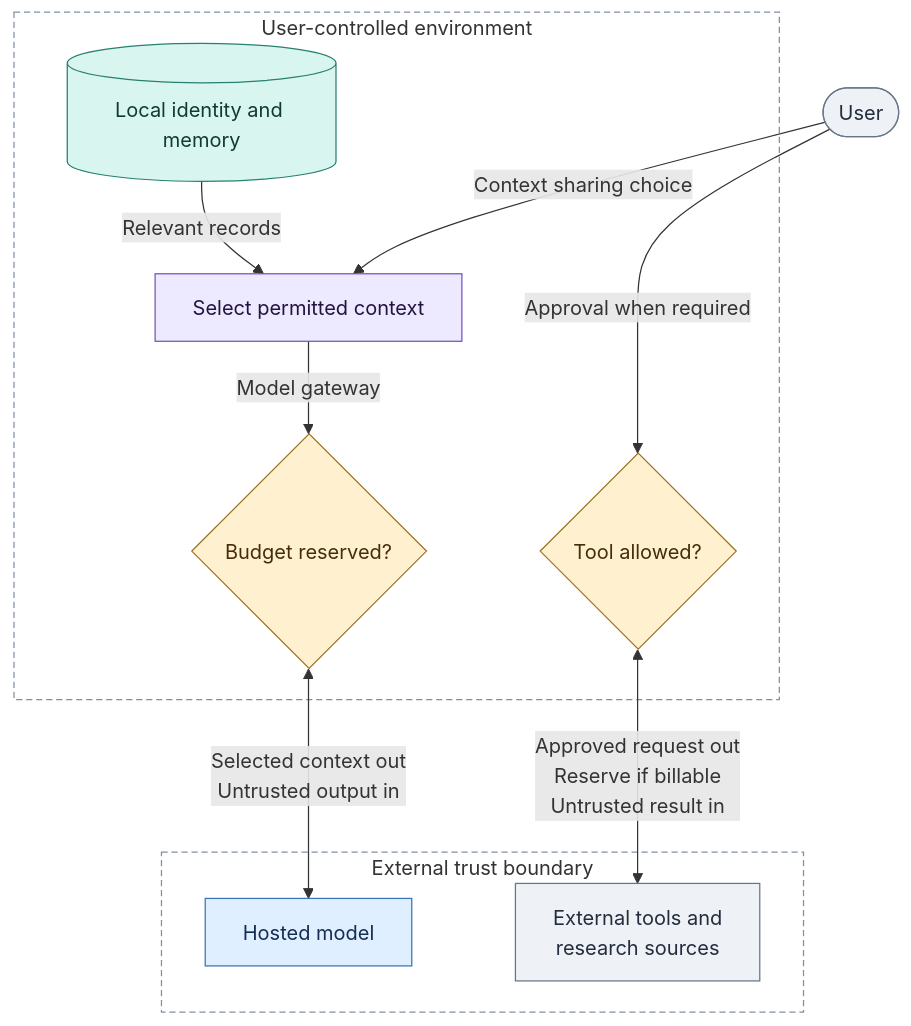
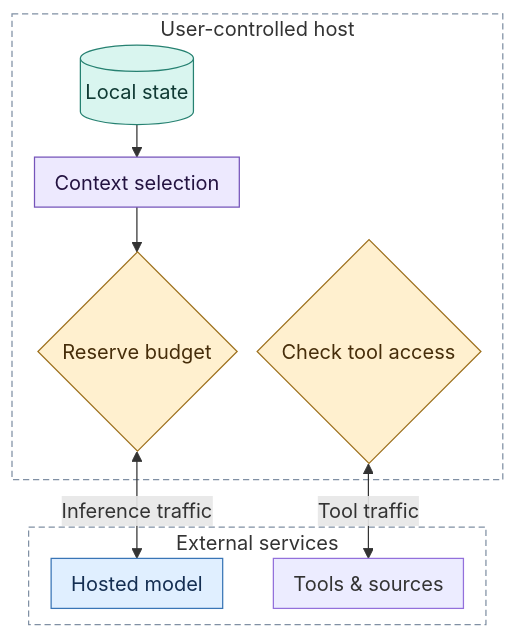
The diagram in docs/PRIVACY.md (nsusheel/Bunny.ai), drawn with Mermaid before and after one commit. The commit also changed other lines of this file and 6 other files, not shown here.

Commit message:
docs: refine architecture visual design and reduce diagram density (#4)

````diff
--- a/docs/PRIVACY.md
+++ b/docs/PRIVACY.md
@@ -22,35 +22,35 @@
 ```mermaid
+---
+config:
+  flowchart:
+    nodeSpacing: 16
+    rankSpacing: 26
+    padding: 8
+    subGraphTitleMargin:
+      bottom: 12
+---
 flowchart TB
     accTitle: Data crossing Bunny's trust boundaries
-    accDescr: Bunny selects permitted context from local state. Hosted model requests need a budget reservation. Model output and tool results are untrusted. A proposed tool action needs permission, any required user approval, and a reservation if billable.
-    User([User])
-    subgraph Local["User-controlled environment"]
-        State[("Local identity and memory")]
-        Sel["Select permitted context"]
-        Meter{"Budget reserved?"}
-        Gate{"Tool allowed?"}
-        State -->|"Relevant records"| Sel
-        Sel -->|"Model gateway"| Meter
+    accDescr: User sharing choices and relevant local state determine selected context. Hosted inference uses the gateway and requires budget reservation. Tool egress requires permission, any required approval and a reservation when billable. Both external responses return as untrusted data.
+    subgraph Local["User-controlled host"]
+        S[(Local state)] --> C["Context selection"] --> B{"Reserve budget"}
+        P{"Check tool access"}
     end
-    subgraph External["External trust boundary"]
-        Hosted["Hosted model"]
-        Tools["External tools and<br/>research sources"]
+    subgraph External["External services"]
+        H["Hosted model"]
+        T["Tools &amp; sources"]
     end
-    User -->|"Context sharing choice"| Sel
-    User -->|"Approval when required"| Gate
-    Meter <-->|"Selected context out<br/>Untrusted output in"| Hosted
-    Gate <-->|"Approved request out<br/>Reserve if billable<br/>Untrusted result in"| Tools
-    style Local fill:transparent,stroke:#8090a4,stroke-dasharray:5 3
-    style External fill:transparent,stroke:#8090a4,stroke-dasharray:5 3
+    B <-->|Inference traffic| H
+    P <-->|Tool traffic| T
 
     classDef core fill:#ede9fe,stroke:#7554ba,color:#241341
     classDef state fill:#d9f5ef,stroke:#268171,color:#103a34
     classDef model fill:#e0efff,stroke:#3975b6,color:#142e52
     classDef gate fill:#fff0cf,stroke:#9d701d,color:#462d0a
-    classDef neutral fill:#eef1f5,stroke:#67768a,color:#222d3d
-    class State state
-    class Sel core
-    class Meter,Gate gate
-    class Hosted model
-    class User,Tools neutral
+    style Local fill:transparent,stroke:#8090a4,stroke-dasharray:5 3
+    style External fill:transparent,stroke:#8090a4,stroke-dasharray:5 3
+    class C core
+    class S state
+    class H model
+    class B,P gate
 ```
````
